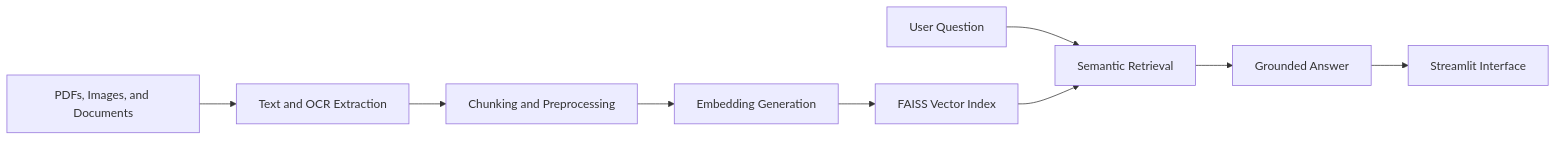
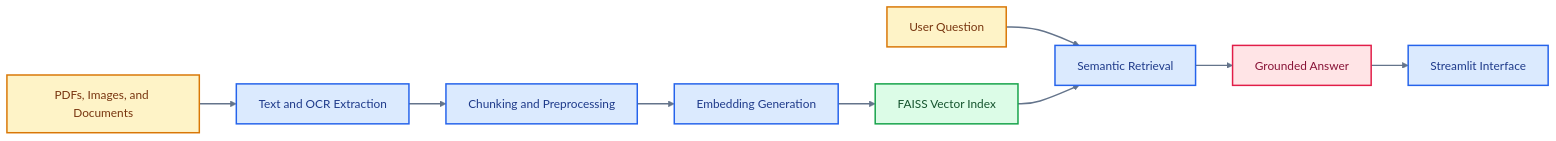
The diagram in README.md (skx56/Docuquery), drawn with Mermaid before and after one commit.

Commit message:
Colorize README architecture diagram

````diff
--- a/README.md
+++ b/README.md
@@ -31,11 +31,22 @@
 ```mermaid
 flowchart LR
   Documents["PDFs, Images, and Documents"] --> Extractor["Text and OCR Extraction"]
   Extractor --> Chunks["Chunking and Preprocessing"]
   Chunks --> Embeddings["Embedding Generation"]
   Embeddings --> FAISS["FAISS Vector Index"]
   Question["User Question"] --> Retrieval["Semantic Retrieval"]
   FAISS --> Retrieval
   Retrieval --> Answer["Grounded Answer"]
   Answer --> Streamlit["Streamlit Interface"]
+
+  classDef inputs fill:#FEF3C7,stroke:#D97706,color:#78350F,stroke-width:2px;
+  classDef process fill:#DBEAFE,stroke:#2563EB,color:#1E3A8A,stroke-width:2px;
+  classDef data fill:#DCFCE7,stroke:#16A34A,color:#14532D,stroke-width:2px;
+  classDef agent fill:#F3E8FF,stroke:#9333EA,color:#581C87,stroke-width:2px;
+  classDef output fill:#FFE4E6,stroke:#E11D48,color:#881337,stroke-width:2px;
+  class Documents,Question inputs;
+  class Extractor,Chunks,Embeddings,Retrieval,Streamlit process;
+  class FAISS data;
+  class Answer output;
+  linkStyle default stroke:#64748B,stroke-width:2px;
 ```
````
